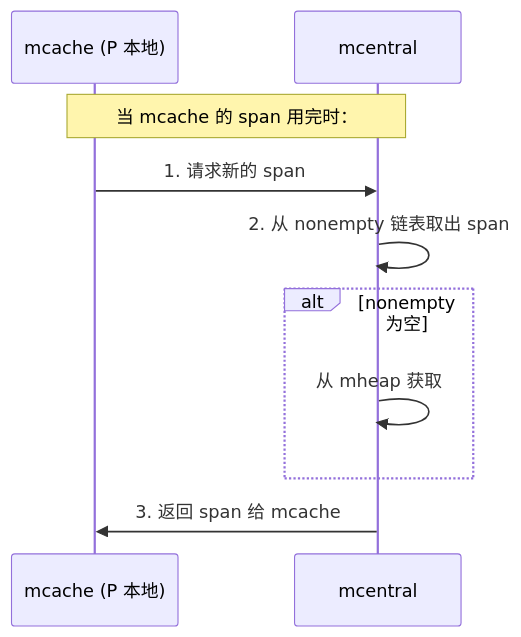
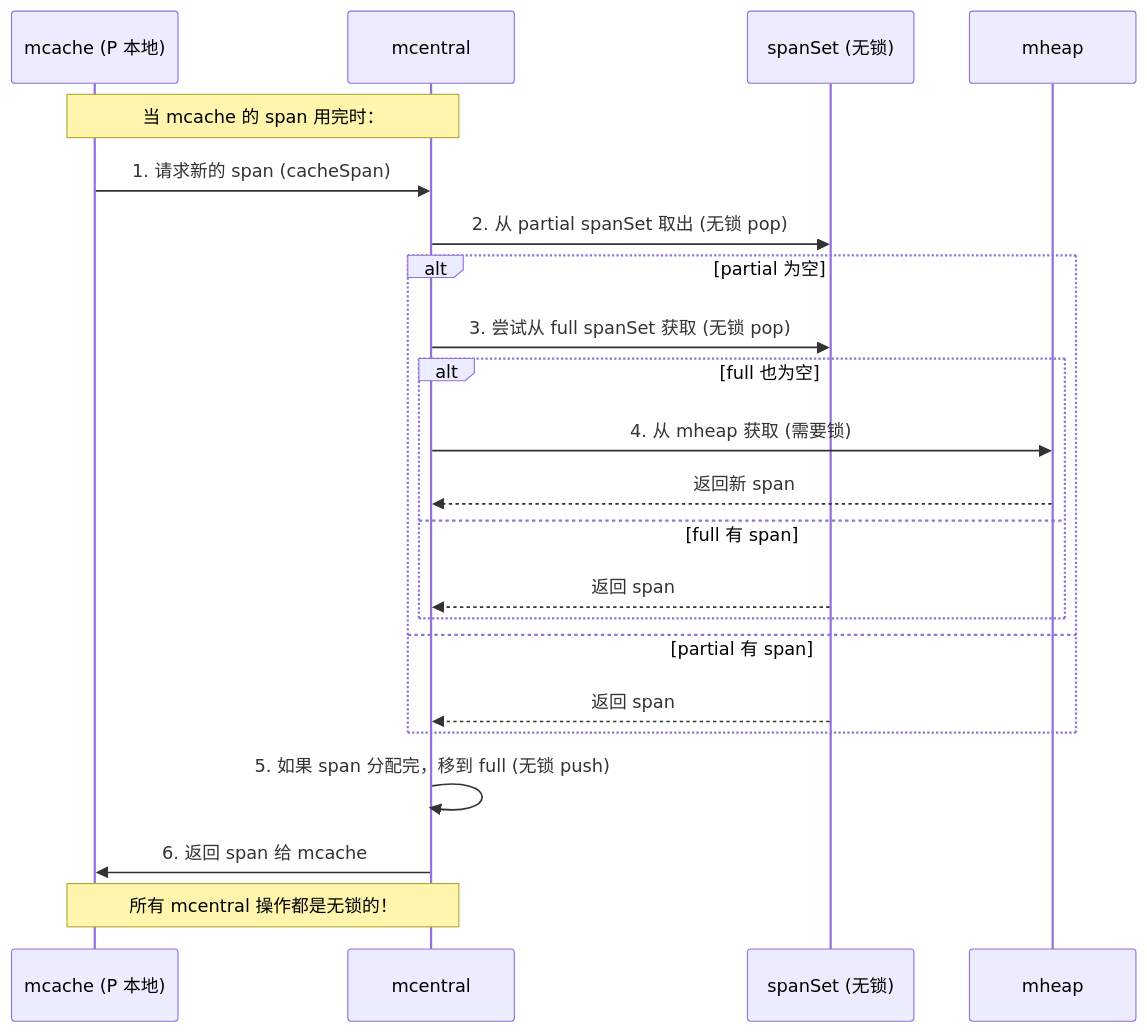
One commit to djaigoo/blog changed diagram 15 of 27 in _posts/golang/内存分配器.md. Above: the diagram before and after it, drawn with Mermaid. The commit also changed other lines of this file and 109 other files, not shown here.

````diff
--- a/_posts/golang/内存分配器.md
+++ b/_posts/golang/内存分配器.md
@@ -369,13 +961,26 @@
 ```mermaid
 sequenceDiagram
     participant M as mcache (P 本地)
     participant C as mcentral
+    participant SS as spanSet (无锁)
+    participant H as mheap
     
     Note over M,C: 当 mcache 的 span 用完时：
-    M->>C: 1. 请求新的 span
-    C->>C: 2. 从 nonempty 链表取出 span
-    alt nonempty 为空
-        C->>C: 从 mheap 获取
+    M->>C: 1. 请求新的 span (cacheSpan)
+    C->>SS: 2. 从 partial spanSet 取出 (无锁 pop)
+    alt partial 为空
+        C->>SS: 3. 尝试从 full spanSet 获取 (无锁 pop)
+        alt full 也为空
+            C->>H: 4. 从 mheap 获取 (需要锁)
+            H-->>C: 返回新 span
+        else full 有 span
+            SS-->>C: 返回 span
+        end
+    else partial 有 span
+        SS-->>C: 返回 span
     end
-    C->>M: 3. 返回 span 给 mcache
+    C->>C: 5. 如果 span 分配完，移到 full (无锁 push)
+    C->>M: 6. 返回 span 给 mcache
+    
+    Note over M,C: 所有 mcentral 操作都是无锁的！
 ```
````
